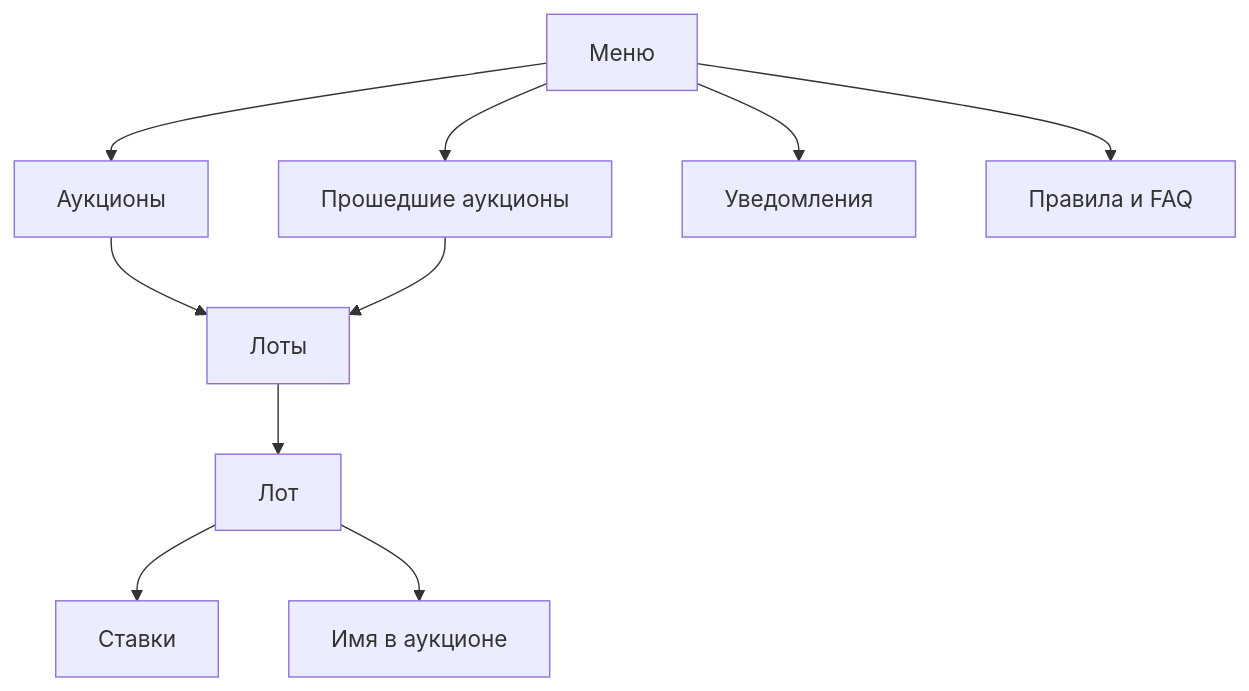
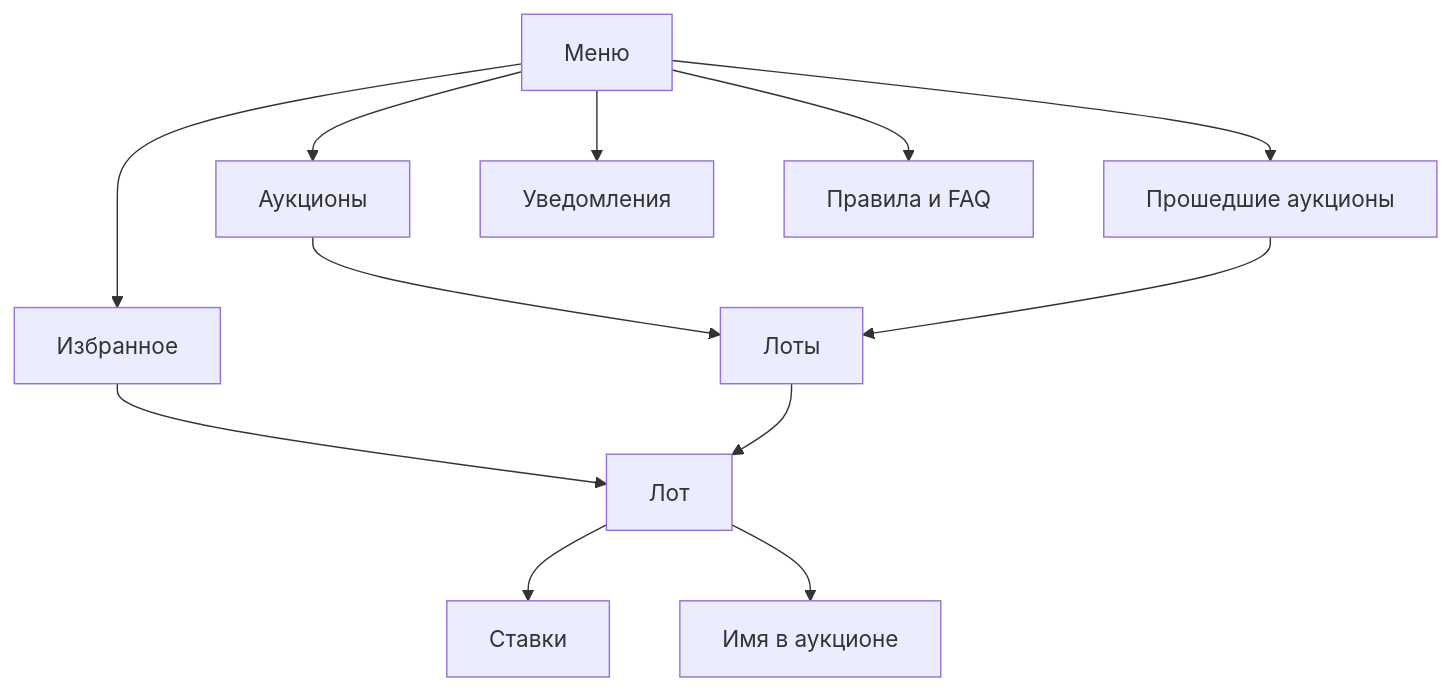
The second of 2 diagrams in docs/design/bot/design-code.md (Solguficky/solguficky-hub), drawn with Mermaid before and after one commit. The commit also changed other lines of this file and 57 other files, not shown here.

````diff
--- a/docs/design/bot/design-code.md
+++ b/docs/design/bot/design-code.md
@@ -82,13 +84,15 @@
 ```mermaid
 flowchart TD
     menu[Меню]
     menu --> auctions[Аукционы]
     menu --> past[Прошедшие аукционы]
+    menu --> favorites[Избранное]
     menu --> notify[Уведомления]
     menu --> faq[Правила и FAQ]
     auctions --> feed[Лоты]
+    favorites --> lot
     past --> feed
     feed --> lot[Лот]
     lot --> history[Ставки]
     lot --> name[Имя в аукционе]
 ```
````
